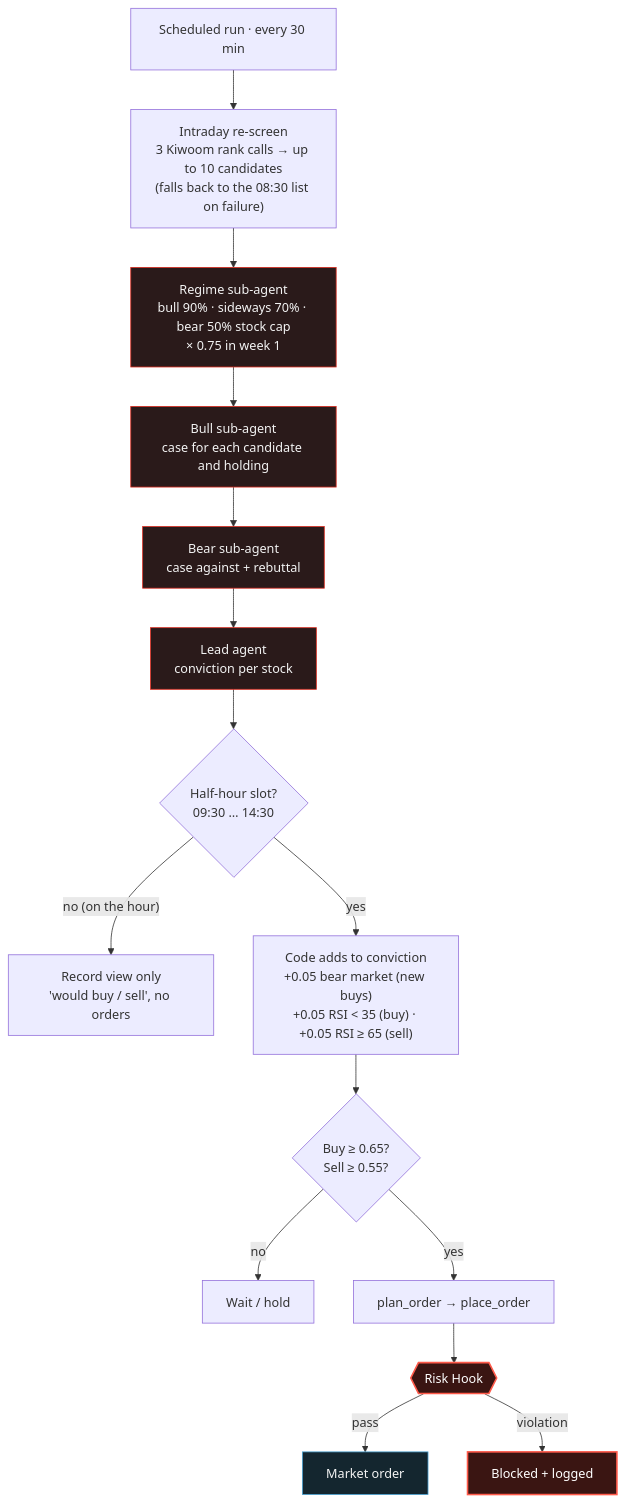
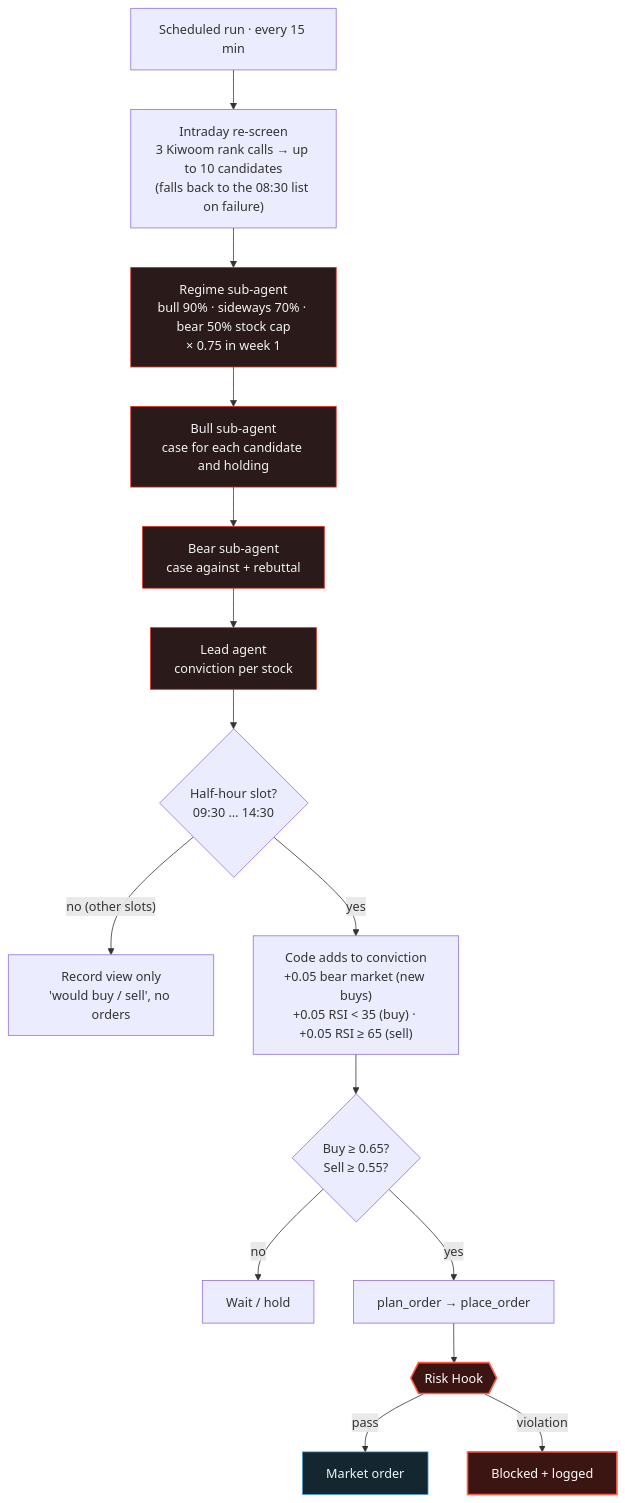
Before and after one commit to isopink/hynix-298f: the diagram in assets/diagrams/decision.en.mmd, drawn with Mermaid. The commit also changed 11 other files, not shown here.

First line of the commit message:
Agent: decide every 15 minutes, orders still on the half hour

```diff
--- a/assets/diagrams/decision.en.mmd
+++ b/assets/diagrams/decision.en.mmd
@@ -1,21 +1,21 @@
 flowchart TB
-    S["Scheduled run · every 30 min"] --> P["Intraday re-screen<br/>3 Kiwoom rank calls → up to 10 candidates<br/>(falls back to the 08:30 list on failure)"]
+    S["Scheduled run · every 15 min"] --> P["Intraday re-screen<br/>3 Kiwoom rank calls → up to 10 candidates<br/>(falls back to the 08:30 list on failure)"]
     P --> G["Regime sub-agent<br/>bull 90% · sideways 70% · bear 50% stock cap<br/>× 0.75 in week 1"]
     G --> B["Bull sub-agent<br/>case for each candidate and holding"]
     B --> R["Bear sub-agent<br/>case against + rebuttal"]
     R --> L["Lead agent<br/>conviction per stock"]
     L --> T{"Half-hour slot?<br/>09:30 … 14:30"}
-    T -- "no (on the hour)" --> V["Record view only<br/>'would buy / sell', no orders"]
+    T -- "no (other slots)" --> V["Record view only<br/>'would buy / sell', no orders"]
     T -- yes --> C["Code adds to conviction<br/>+0.05 bear market (new buys)<br/>+0.05 RSI < 35 (buy) · +0.05 RSI ≥ 65 (sell)"]
     C --> Q{"Buy ≥ 0.65?<br/>Sell ≥ 0.55?"}
     Q -- no --> W["Wait / hold"]
     Q -- yes --> Z["plan_order → place_order"]
     Z --> H{{"Risk Hook"}}
     H -- pass --> O["Market order"]
     H -- violation --> X["Blocked + logged"]
     classDef agent fill:#2a1a1a,stroke:#da291c,color:#f3f3f3
     classDef hook fill:#3a1512,stroke:#ff5a4a,stroke-width:2px,color:#ffffff
     classDef ok fill:#14262f,stroke:#4aa3d4,color:#f3f3f3
     class G,B,R,L agent
     class H,X hook
     class O ok
```
